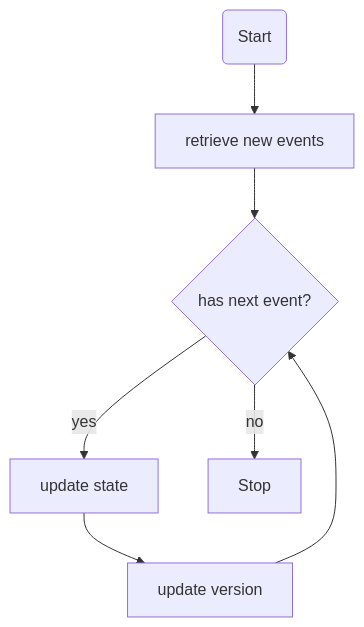
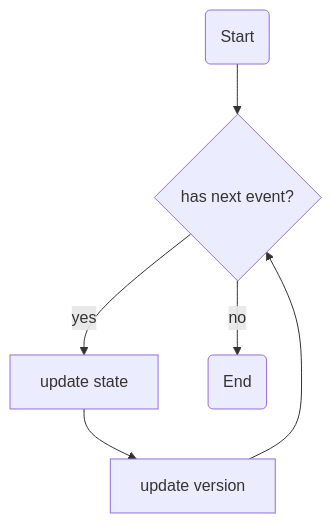
The diagram in libs/node-client/docs/digest.md (HighOutputVentures/labs-arque), drawn with Mermaid before and after one commit. The commit also changed 4 other files, not shown here.

````diff
--- a/libs/node-client/docs/digest.md
+++ b/libs/node-client/docs/digest.md
@@ -1,9 +1,8 @@
 ```mermaid
 flowchart TB
-  A(Start) --> B[retrieve new events]
-  B --> C{has next event?}
+  A(Start) --> C{has next event?}
   C --> |yes| D[update state]
   D --> E[update version]
   E --> C
-  C --> |no| H[Stop]
+  C --> |no| H(End)
 ```
````
